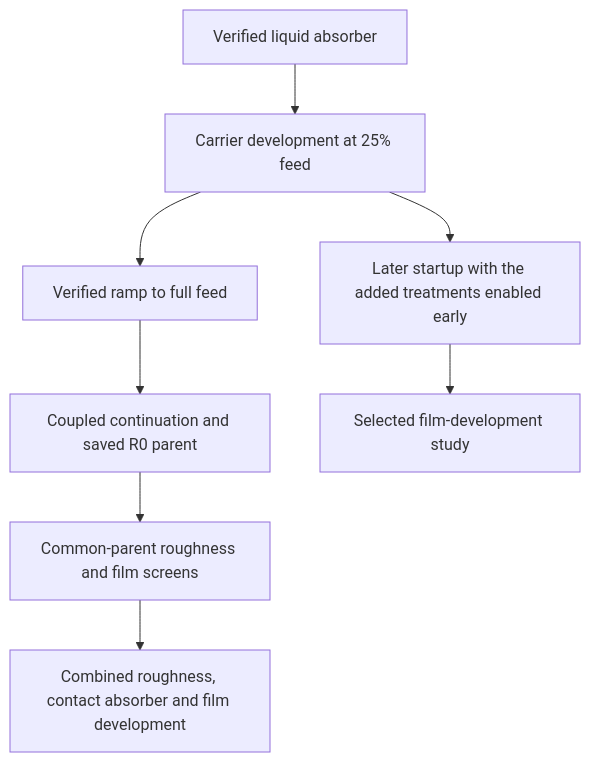
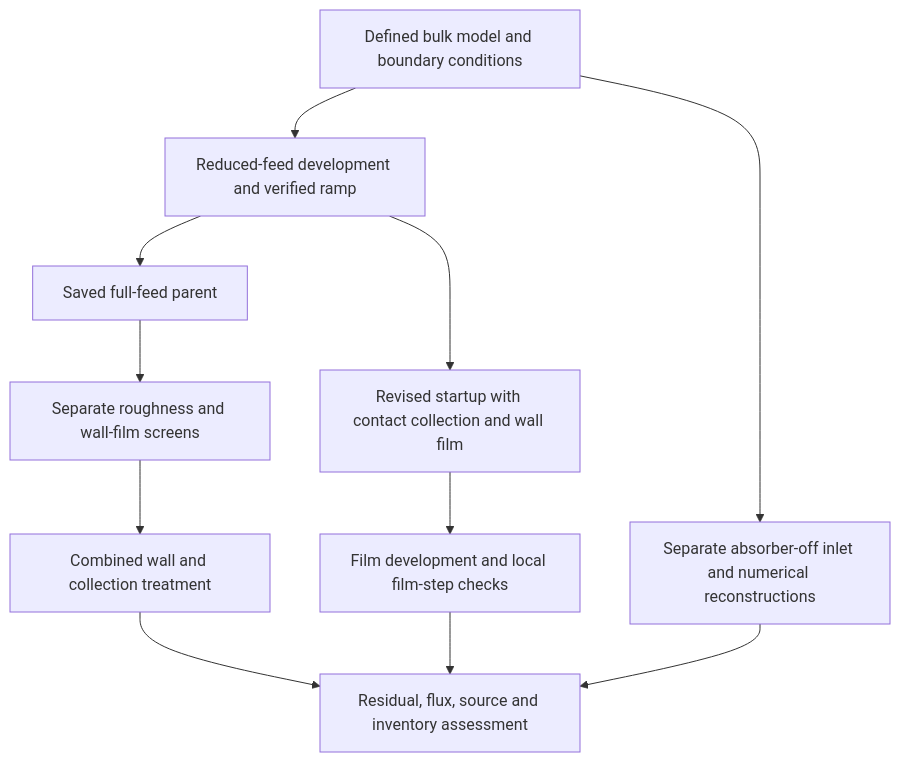
One commit to Shuhei-uni/P4P_knowledgeWiki changed the second of 2 diagrams in Project/Final research report/draft/02-model-and-methods.md. Above: the diagram before and after it, drawn with Mermaid. The commit also changed other lines of this file and 166 other files, not shown here.

````diff
--- a/Project/Final research report/draft/02-model-and-methods.md
+++ b/Project/Final research report/draft/02-model-and-methods.md
@@ -11,10 +258,13 @@
 ```mermaid
 flowchart TD
-    A[Verified liquid absorber] --> B[Carrier development at 25% feed]
-    B --> C[Verified ramp to full feed]
-    C --> D[Coupled continuation and saved R0 parent]
-    D --> E[Common-parent roughness and film screens]
-    E --> F[Combined roughness, contact absorber and film development]
-    B --> G[Later startup with the added treatments enabled early]
-    G --> H[Selected film-development study]
+    A[Defined bulk model and boundary conditions] --> B[Reduced-feed development and verified ramp]
+    B --> C[Saved full-feed parent]
+    C --> D[Separate roughness and wall-film screens]
+    D --> E[Combined wall and collection treatment]
+    B --> F[Revised startup with contact collection and wall film]
+    F --> G[Film development and local film-step checks]
+    A --> H[Separate absorber-off inlet and numerical reconstructions]
+    E --> I[Residual, flux, source and inventory assessment]
+    G --> I
+    H --> I
 ```
````
